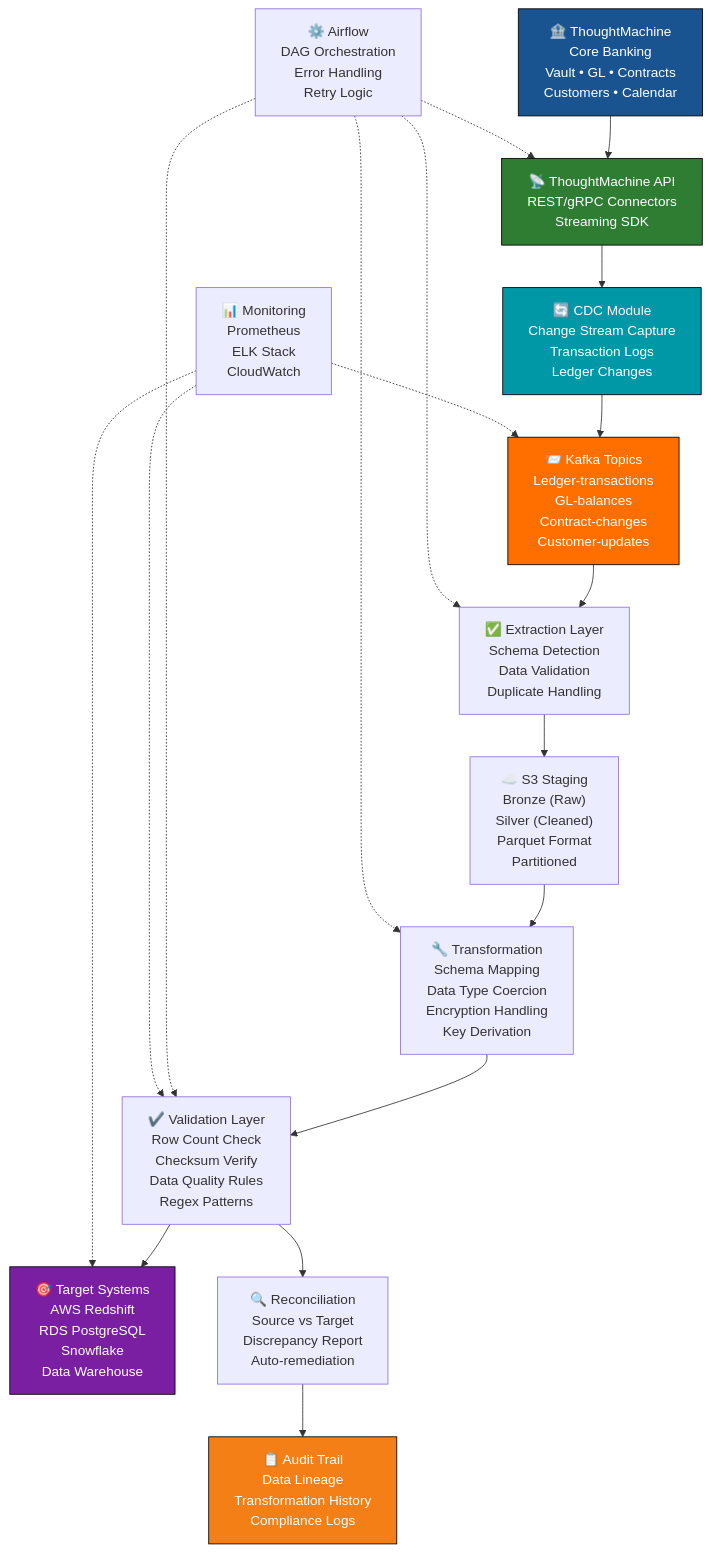
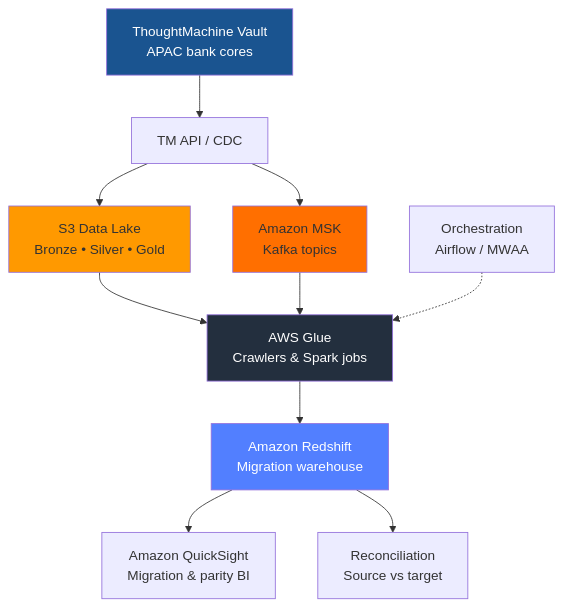
Before and after one commit to willtran112358/gft-cloud-data-migration-framework: the diagram in README.md, drawn with Mermaid. The commit also changed other lines of this file and 1 other file, not shown here.

Commit message:
rebrand: GFT APAC ThoughtMachine AWS cloud migration framework

````diff
--- a/README.md
+++ b/README.md
@@ -15,40 +18,22 @@
 ```mermaid
 graph TB
-    TM["🏦 ThoughtMachine<br/>Core Banking<br/>Vault • GL • Contracts<br/>Customers • Calendar"]
-    
-    TM --> TMAPI["📡 ThoughtMachine API<br/>REST/gRPC Connectors<br/>Streaming SDK"]
-    
-    TMAPI --> CDC["🔄 CDC Module<br/>Change Stream Capture<br/>Transaction Logs<br/>Ledger Changes"]
-    
-    CDC --> KAFKA["📨 Kafka Topics<br/>Ledger-transactions<br/>GL-balances<br/>Contract-changes<br/>Customer-updates"]
-    
-    KAFKA --> EXTRACT["✅ Extraction Layer<br/>Schema Detection<br/>Data Validation<br/>Duplicate Handling"]
-    
-    EXTRACT --> S3["☁️ S3 Staging<br/>Bronze (Raw)<br/>Silver (Cleaned)<br/>Parquet Format<br/>Partitioned"]
-    
-    S3 --> TRANSFORM["🔧 Transformation<br/>Schema Mapping<br/>Data Type Coercion<br/>Encryption Handling<br/>Key Derivation"]
-    
-    TRANSFORM --> VALIDATE["✔️ Validation Layer<br/>Row Count Check<br/>Checksum Verify<br/>Data Quality Rules<br/>Regex Patterns"]
-    
-    VALIDATE --> TARGET["🎯 Target Systems<br/>AWS Redshift<br/>RDS PostgreSQL<br/>Snowflake<br/>Data Warehouse"]
-    
-    VALIDATE --> RECONCILE["🔍 Reconciliation<br/>Source vs Target<br/>Discrepancy Report<br/>Auto-remediation"]
-    
-    RECONCILE --> AUDIT["📋 Audit Trail<br/>Data Lineage<br/>Transformation History<br/>Compliance Logs"]
-    
-    AIRFLOW["⚙️ Airflow<br/>DAG Orchestration<br/>Error Handling<br/>Retry Logic"] -.-> TMAPI
-    AIRFLOW -.-> EXTRACT
-    AIRFLOW -.-> TRANSFORM
-    AIRFLOW -.-> VALIDATE
-    
-    MONITOR["📊 Monitoring<br/>Prometheus<br/>ELK Stack<br/>CloudWatch"] -.-> KAFKA
-    MONITOR -.-> VALIDATE
-    MONITOR -.-> TARGET
-    
-    style TM fill:#1a5490,stroke:#000,color:#fff
-    style TMAPI fill:#2E7D32,stroke:#000,color:#fff
-    style CDC fill:#0097A7,stroke:#000,color:#fff
-    style KAFKA fill:#FF6F00,stroke:#000,color:#fff
-    style TARGET fill:#7B1FA2,stroke:#000,color:#fff
-    style AUDIT fill:#F57F17,stroke:#000,color:#fff
+    TM["ThoughtMachine Vault<br/>APAC bank cores"]
+    TM --> API["TM API / CDC"]
+    API --> MSK["Amazon MSK<br/>Kafka topics"]
+    API --> S3["S3 Data Lake<br/>Bronze • Silver • Gold"]
+
+    S3 --> GLUE["AWS Glue<br/>Crawlers & Spark jobs"]
+    GLUE --> RS["Amazon Redshift<br/>Migration warehouse"]
+    MSK --> GLUE
+
+    RS --> QS["Amazon QuickSight<br/>Migration & parity BI"]
+    RS --> RECON["Reconciliation<br/>Source vs target"]
+
+    AIRFLOW["Orchestration<br/>Airflow / MWAA"] -.-> GLUE
+
+    style TM fill:#1a5490,color:#fff
+    style S3 fill:#ff9900
+    style GLUE fill:#232f3e,color:#fff
+    style RS fill:#527fff,color:#fff
+    style MSK fill:#ff6f00
 ```
````
